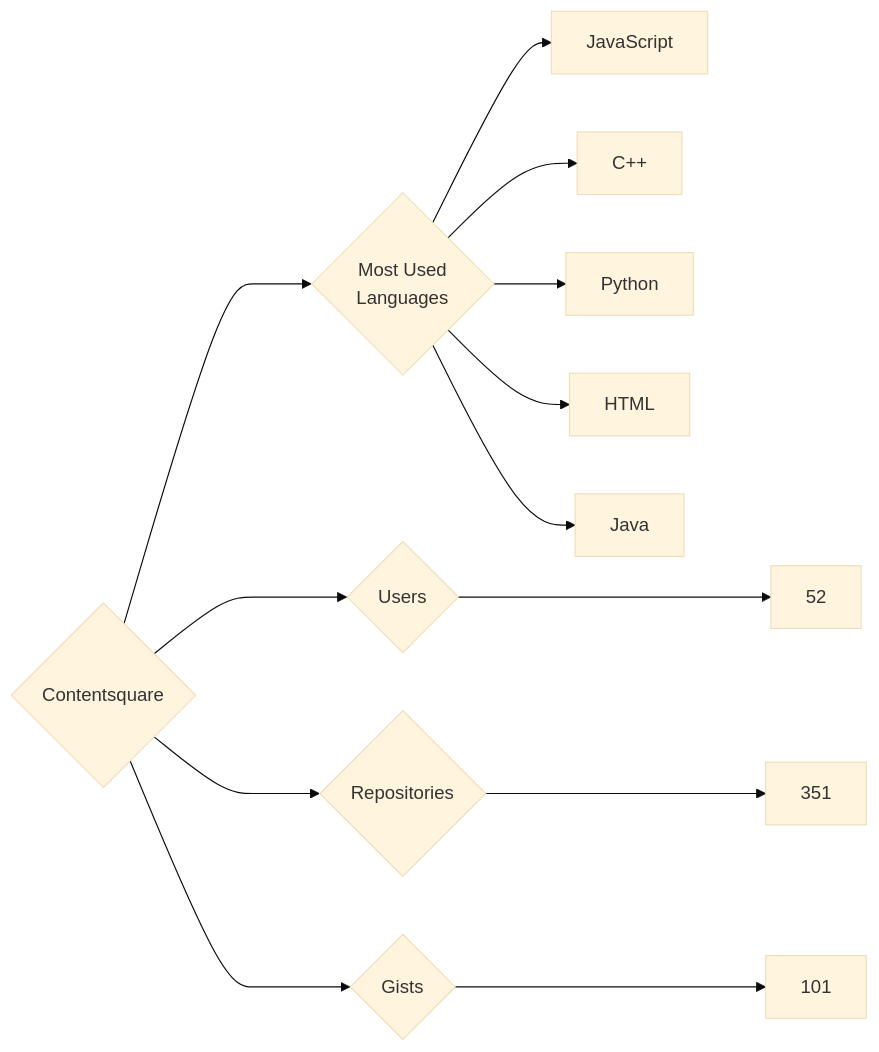
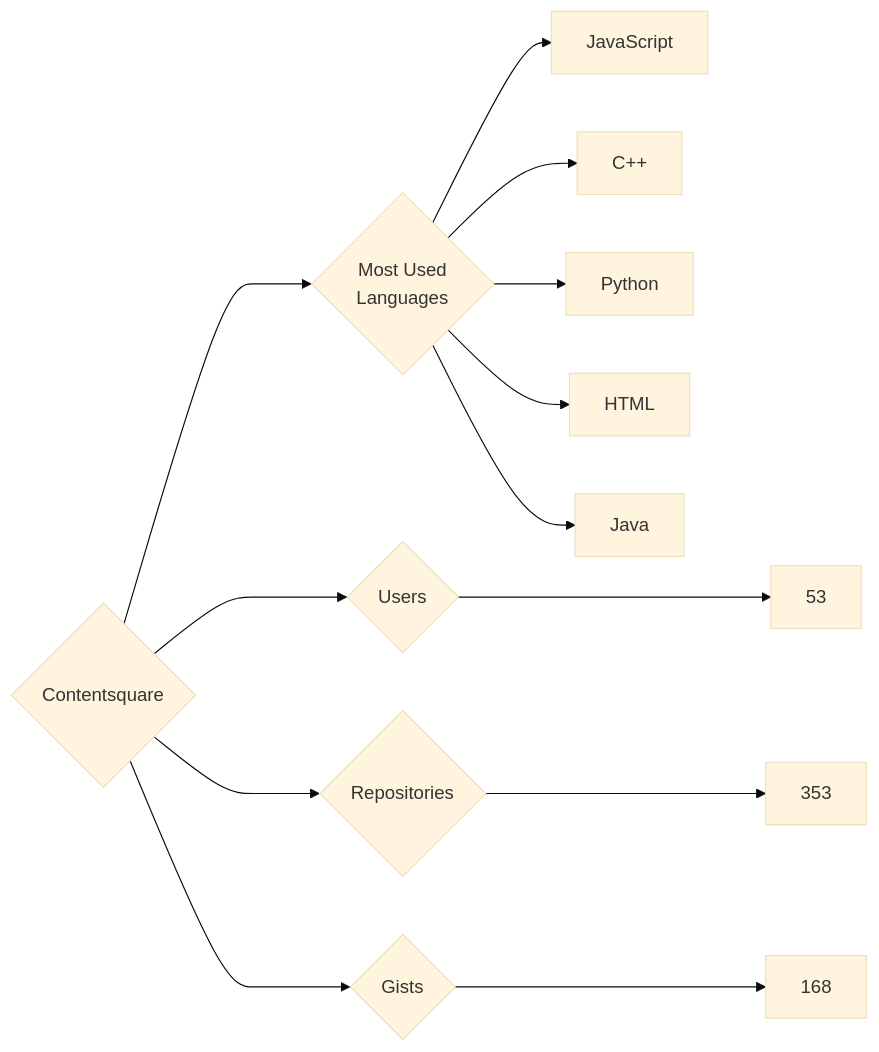
One commit to trickest/insiders changed the diagram in targets/Contentsquare/README.md. Above: the diagram before and after it, drawn with Mermaid (base theme). The commit also changed 1055 other files, not shown here.

````diff
--- a/targets/Contentsquare/README.md
+++ b/targets/Contentsquare/README.md
@@ -3,13 +3,13 @@
 ```mermaid
 graph LR
 COMPANY_NAME{Contentsquare}
-COMPANY_NAME ---> U{Users} ---> UN[52]
-COMPANY_NAME ---> R{Repositories} ---> RN[351]
-COMPANY_NAME ---> G{Gists} ---> GN[101]
+COMPANY_NAME ---> U{Users} ---> UN[53]
+COMPANY_NAME ---> R{Repositories} ---> RN[353]
+COMPANY_NAME ---> G{Gists} ---> GN[168]
 COMPANY_NAME ---> ML{Most Used<br>Languages}
 ML --> JavaScript[JavaScript]
 ML --> C++[C++]
 ML --> Python[Python]
 ML --> HTML[HTML]
 ML --> Java[Java]
 ```
````
